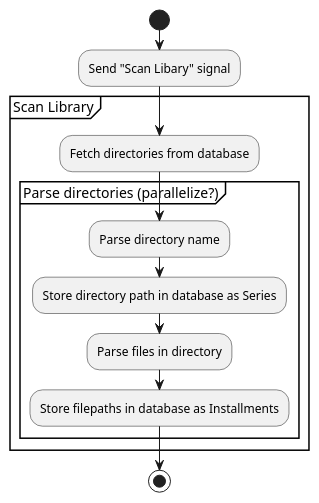
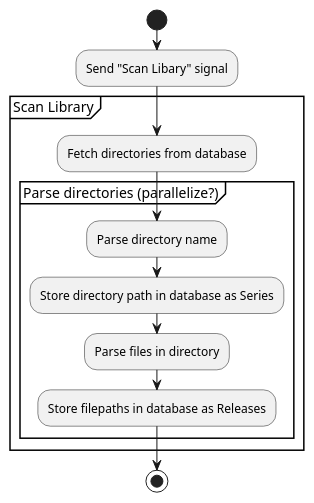
The diagram in docs/diagrams/Activity/ScanLibrary.puml (ameerabdallah/Bijutsu), drawn with PlantUML before and after one commit. The commit also changed 37 other files, not shown here.

```diff
--- a/docs/diagrams/Activity/ScanLibrary.puml
+++ b/docs/diagrams/Activity/ScanLibrary.puml
@@ -1,17 +1,17 @@
 @startuml
 start
 
 :Send "Scan Libary" signal;
 group "Scan Library"
   :Fetch directories from database;
 
   group Parse directories (parallelize?)
     :Parse directory name;
     :Store directory path in database as Series;
     :Parse files in directory;
-    :Store filepaths in database as Installments;
+    :Store filepaths in database as Releases;
   end group
 end group
 
 stop
 @enduml
```
